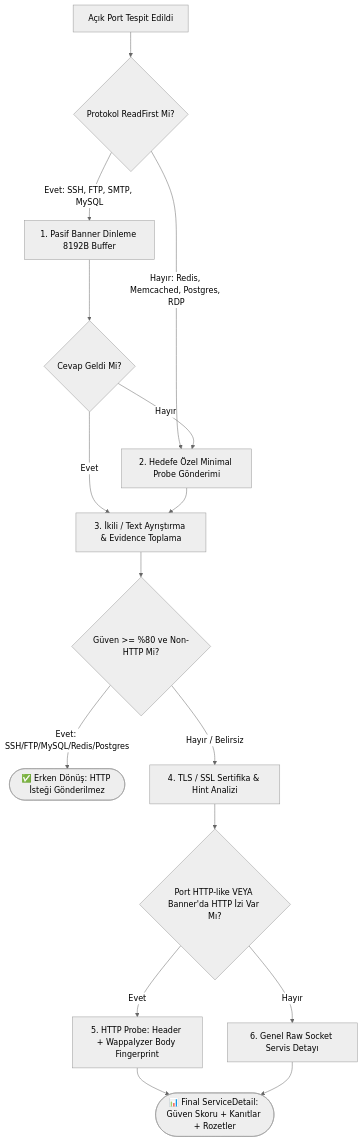
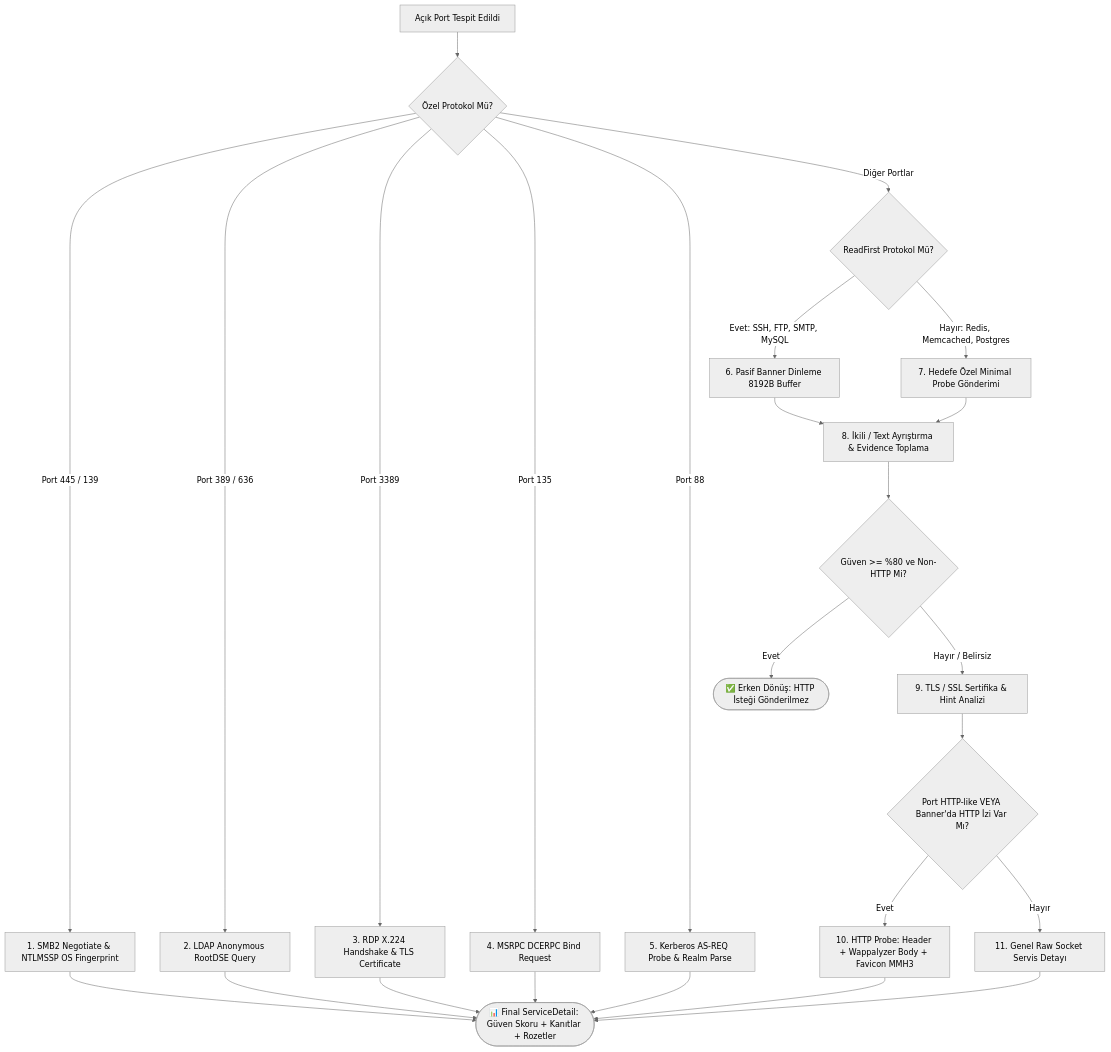
Before and after one commit to 1Ssalih/SpecterRecon: the first of 2 diagrams in README.md, drawn with Mermaid (neutral theme). The commit also changed other lines of this file and 9 other files, not shown here.

Commit message:
feat(banner): implement SMB2 NTLMSSP OS discovery, LDAP RootDSE, Favicon MMH3, RDP TLS, and SIP fix

````diff
--- a/README.md
+++ b/README.md
@@ -99,24 +96,33 @@
 ```mermaid
 flowchart TD
-    PORT[Açık Port Tespit Edildi] --> READ_FIRST{Protokol ReadFirst Mi?}
+    PORT[Açık Port Tespit Edildi] --> SPECIAL{Özel Protokol Mü?}
     
-    READ_FIRST -- Evet: SSH, FTP, SMTP, MySQL --> LISTEN[1. Pasif Banner Dinleme 8192B Buffer]
-    READ_FIRST -- Hayır: Redis, Memcached, Postgres, RDP --> PROBE[2. Hedefe Özel Minimal Probe Gönderimi]
+    SPECIAL -- Port 445 / 139 --> SMB[1. SMB2 Negotiate & NTLMSSP OS Fingerprint]
+    SPECIAL -- Port 389 / 636 --> LDAP[2. LDAP Anonymous RootDSE Query]
+    SPECIAL -- Port 3389 --> RDP[3. RDP X.224 Handshake & TLS Certificate]
+    SPECIAL -- Port 135 --> MSRPC[4. MSRPC DCERPC Bind Request]
+    SPECIAL -- Port 88 --> KERB[5. Kerberos AS-REQ Probe & Realm Parse]
+    SPECIAL -- Diğer Portlar --> READ_FIRST{ReadFirst Protokol Mü?}
     
-    LISTEN --> DATA_CHECK{Cevap Geldi Mi?}
-    DATA_CHECK -- Hayır --> PROBE
-    DATA_CHECK -- Evet --> BINARY_PARSE[3. İkili / Text Ayrıştırma & Evidence Toplama]
+    READ_FIRST -- Evet: SSH, FTP, SMTP, MySQL --> LISTEN[6. Pasif Banner Dinleme 8192B Buffer]
+    READ_FIRST -- Hayır: Redis, Memcached, Postgres --> PROBE[7. Hedefe Özel Minimal Probe Gönderimi]
+    
+    SMB --> FINAL([📊 Final ServiceDetail: Güven Skoru + Kanıtlar + Rozetler])
+    LDAP --> FINAL
+    RDP --> FINAL
+    MSRPC --> FINAL
+    KERB --> FINAL
+    LISTEN --> BINARY_PARSE[8. İkili / Text Ayrıştırma & Evidence Toplama]
     PROBE --> BINARY_PARSE
     
     BINARY_PARSE --> HIGH_CONF{Güven >= %80 ve Non-HTTP Mi?}
-    HIGH_CONF -- Evet: SSH/FTP/MySQL/Redis/Postgres --> EARLY_RETURN([✅ Erken Dönüş: HTTP İsteği Gönderilmez])
+    HIGH_CONF -- Evet --> EARLY_RETURN([✅ Erken Dönüş: HTTP İsteği Gönderilmez])
+    HIGH_CONF -- Hayır / Belirsiz --> TLS_CHECK[9. TLS / SSL Sertifika & Hint Analizi]
     
-    HIGH_CONF -- Hayır / Belirsiz --> TLS_CHECK[4. TLS / SSL Sertifika & Hint Analizi]
     TLS_CHECK --> HTTP_EVAL{Port HTTP-like VEYA Banner'da HTTP İzi Var Mı?}
+    HTTP_EVAL -- Evet --> HTTP_PROBE[10. HTTP Probe: Header + Wappalyzer Body + Favicon MMH3]
+    HTTP_EVAL -- Hayır --> FALLBACK[11. Genel Raw Socket Servis Detayı]
     
-    HTTP_EVAL -- Evet --> HTTP_PROBE[5. HTTP Probe: Header + Wappalyzer Body Fingerprint]
-    HTTP_EVAL -- Hayır --> FALLBACK[6. Genel Raw Socket Servis Detayı]
-    
-    HTTP_PROBE --> FINAL([📊 Final ServiceDetail: Güven Skoru + Kanıtlar + Rozetler])
+    HTTP_PROBE --> FINAL
     FALLBACK --> FINAL
 ```
````
